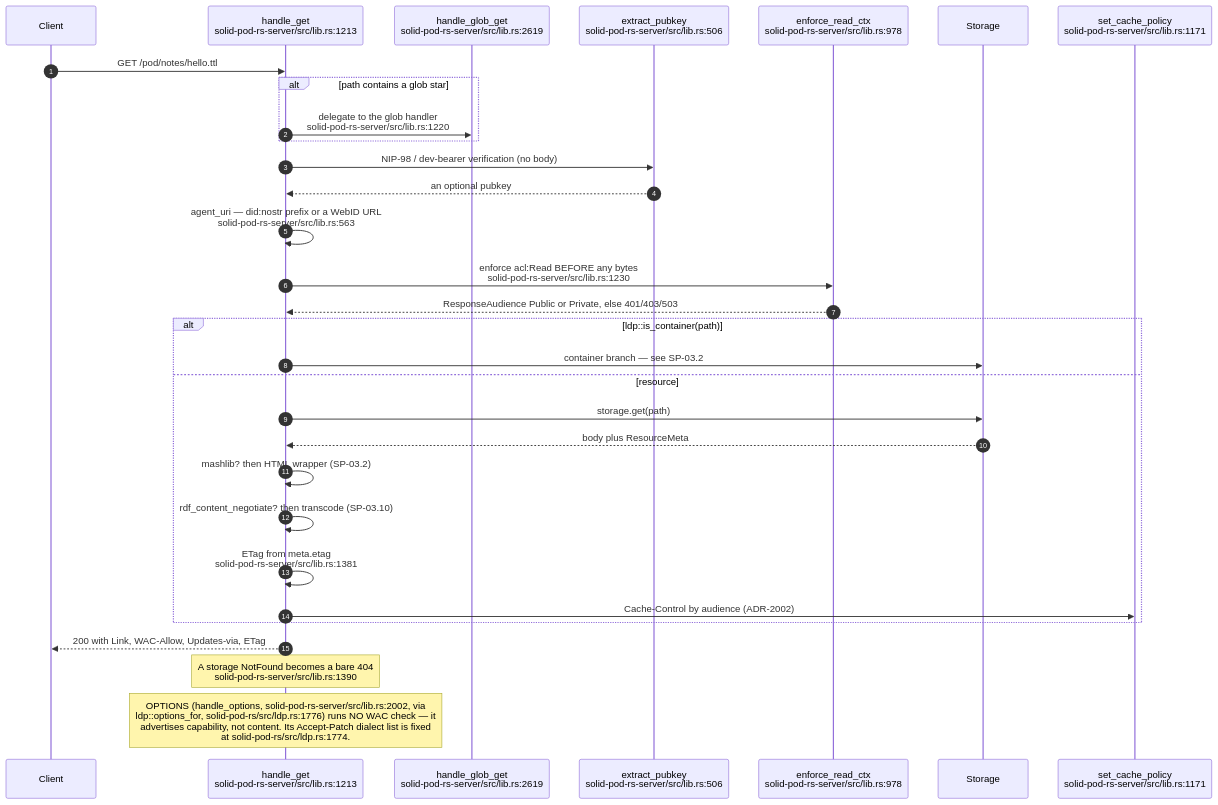
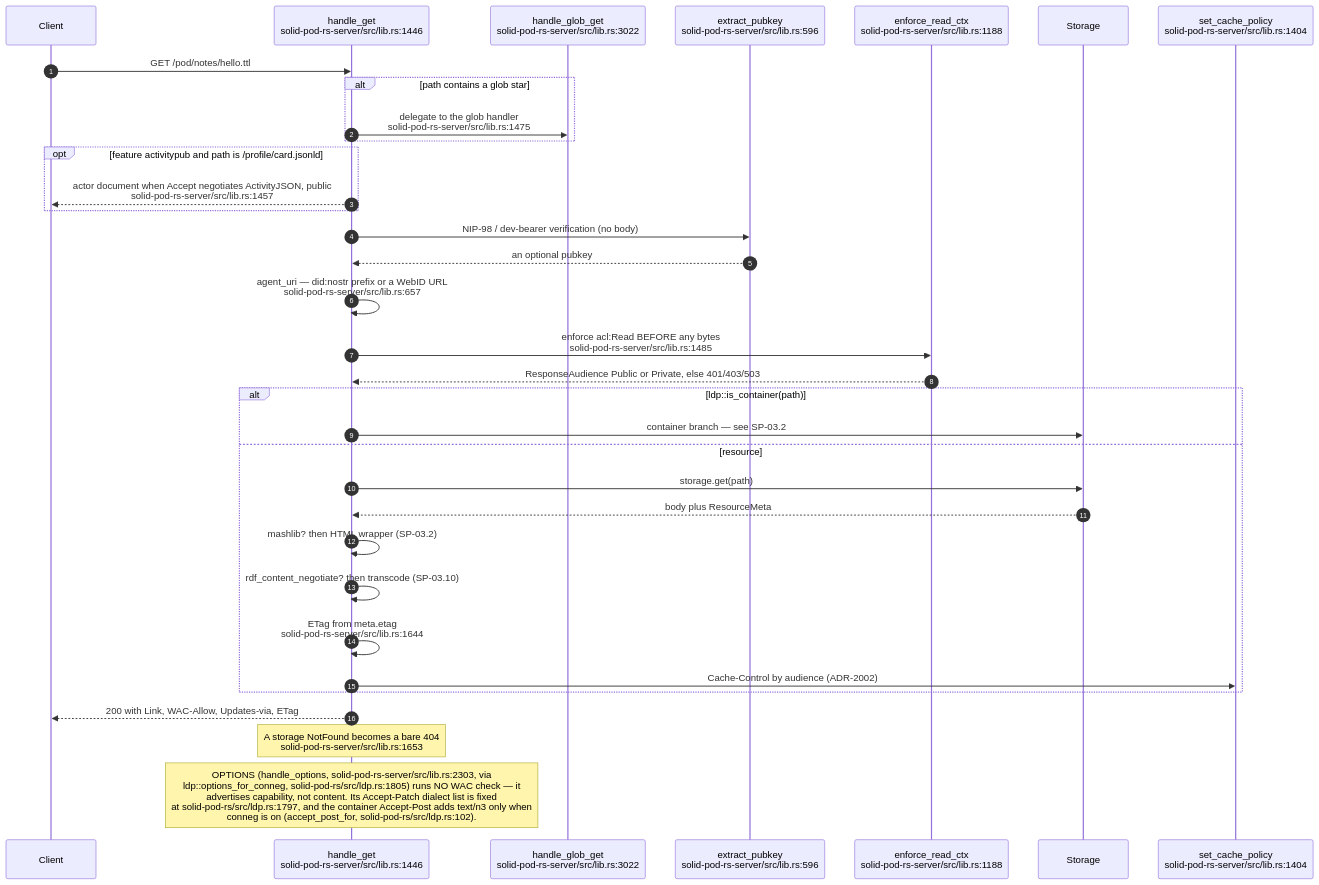
One commit to DreamLab-AI/VisionFlow changed the first of 11 diagrams in docs/diagrams/solid-pod-rs/03-ldp-request-lifecycle.md. Above: the diagram before and after it, drawn with Mermaid. The commit also changed other lines of this file and 160 other files, not shown here.

````diff
--- a/docs/diagrams/solid-pod-rs/03-ldp-request-lifecycle.md
+++ b/docs/diagrams/solid-pod-rs/03-ldp-request-lifecycle.md
@@ -17,34 +17,37 @@
 ```mermaid
 sequenceDiagram
     autonumber
     participant C as Client
-    participant G as handle_get<br/>solid-pod-rs-server/src/lib.rs:1213
-    participant GL as handle_glob_get<br/>solid-pod-rs-server/src/lib.rs:2619
-    participant AU as extract_pubkey<br/>solid-pod-rs-server/src/lib.rs:506
-    participant W as enforce_read_ctx<br/>solid-pod-rs-server/src/lib.rs:978
+    participant G as handle_get<br/>solid-pod-rs-server/src/lib.rs:1446
+    participant GL as handle_glob_get<br/>solid-pod-rs-server/src/lib.rs:3022
+    participant AU as extract_pubkey<br/>solid-pod-rs-server/src/lib.rs:596
+    participant W as enforce_read_ctx<br/>solid-pod-rs-server/src/lib.rs:1188
     participant S as Storage
-    participant CP as set_cache_policy<br/>solid-pod-rs-server/src/lib.rs:1171
+    participant CP as set_cache_policy<br/>solid-pod-rs-server/src/lib.rs:1404
 
     C->>G: GET /pod/notes/hello.ttl
     alt path contains a glob star
-        G->>GL: delegate to the glob handler<br/>solid-pod-rs-server/src/lib.rs:1220
+        G->>GL: delegate to the glob handler<br/>solid-pod-rs-server/src/lib.rs:1475
+    end
+    opt feature activitypub and path is /profile/card.jsonld
+        G-->>C: actor document when Accept negotiates ActivityJSON, public<br/>solid-pod-rs-server/src/lib.rs:1457
     end
     G->>AU: NIP-98 / dev-bearer verification (no body)
     AU-->>G: an optional pubkey
-    G->>G: agent_uri — did:nostr prefix or a WebID URL<br/>solid-pod-rs-server/src/lib.rs:563
-    G->>W: enforce acl:Read BEFORE any bytes<br/>solid-pod-rs-server/src/lib.rs:1230
+    G->>G: agent_uri — did:nostr prefix or a WebID URL<br/>solid-pod-rs-server/src/lib.rs:657
+    G->>W: enforce acl:Read BEFORE any bytes<br/>solid-pod-rs-server/src/lib.rs:1485
     W-->>G: ResponseAudience Public or Private, else 401/403/503
     alt ldp::is_container(path)
         G->>S: container branch — see SP-03.2
     else resource
         G->>S: storage.get(path)
         S-->>G: body plus ResourceMeta
         G->>G: mashlib? then HTML wrapper (SP-03.2)
         G->>G: rdf_content_negotiate? then transcode (SP-03.10)
-        G->>G: ETag from meta.etag<br/>solid-pod-rs-server/src/lib.rs:1381
+        G->>G: ETag from meta.etag<br/>solid-pod-rs-server/src/lib.rs:1644
         G->>CP: Cache-Control by audience (ADR-2002)
     end
     G-->>C: 200 with Link, WAC-Allow, Updates-via, ETag
-    Note over G: A storage NotFound becomes a bare 404<br/>solid-pod-rs-server/src/lib.rs:1390
-    Note over G: OPTIONS (handle_options, solid-pod-rs-server/src/lib.rs:2002, via<br/>ldp::options_for, solid-pod-rs/src/ldp.rs:1776) runs NO WAC check — it<br/>advertises capability, not content. Its Accept-Patch dialect list is fixed<br/>at solid-pod-rs/src/ldp.rs:1774.
+    Note over G: A storage NotFound becomes a bare 404<br/>solid-pod-rs-server/src/lib.rs:1653
+    Note over G: OPTIONS (handle_options, solid-pod-rs-server/src/lib.rs:2303, via<br/>ldp::options_for_conneg, solid-pod-rs/src/ldp.rs:1805) runs NO WAC check — it<br/>advertises capability, not content. Its Accept-Patch dialect list is fixed<br/>at solid-pod-rs/src/ldp.rs:1797, and the container Accept-Post adds text/n3 only when<br/>conneg is on (accept_post_for, solid-pod-rs/src/ldp.rs:102).
 ```
````
